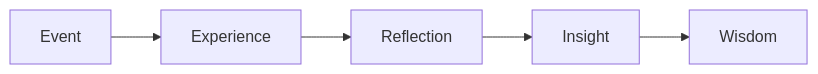
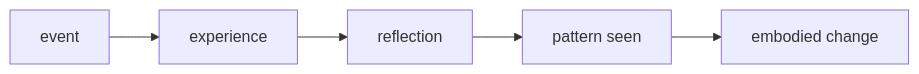
The diagram in mental-models/Trí Tuệ.md (dyukahi/knowledge), drawn with Mermaid before and after one commit. The commit also changed other lines of this file and 4 other files, not shown here.

````diff
--- a/mental-models/Trí Tuệ.md
+++ b/mental-models/Trí Tuệ.md
@@ -69,7 +58,9 @@
 ```mermaid
 flowchart LR
-    E["Event"] --> EX["Experience"]
-    EX --> R["Reflection"]
-    R --> I["Insight"]
-    I --> W["Wisdom"]
+    A["event"]
+    B["experience"]
+    C["reflection"]
+    D["pattern seen"]
+    E["embodied change"]
+    A --> B --> C --> D --> E
 ```
````
